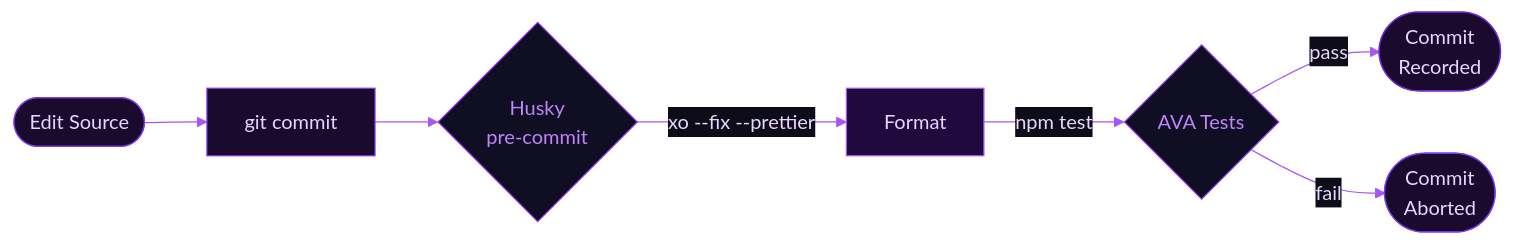
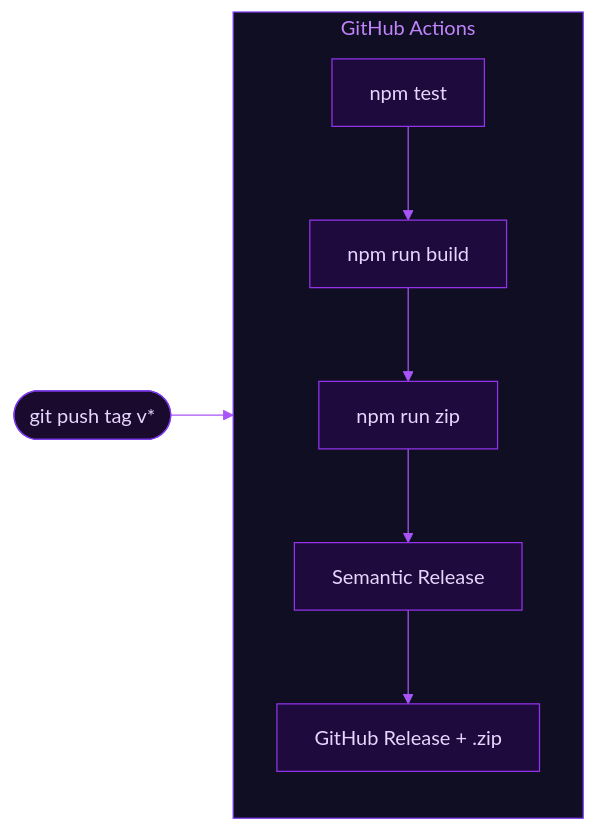
Before and after one commit to simwai/chrome-extension-template: the third of 3 diagrams in README.md, drawn with Mermaid. The commit also changed other lines of this file and 21 other files, not shown here.

````diff
--- a/README.md
+++ b/README.md
@@ -265,18 +169,16 @@
 ```mermaid
 %%{init: {'theme': 'base', 'themeVariables': {'primaryColor': '#1a0a2e', 'primaryTextColor': '#e9d5ff', 'primaryBorderColor': '#7c3aed', 'lineColor': '#a855f7', 'secondaryColor': '#0d0d1a', 'background': '#0a0a18', 'mainBkg': '#1a0a2e', 'nodeBorder': '#7c3aed', 'clusterBkg': '#100e22', 'titleColor': '#c084fc', 'edgeLabelBackground': '#0d0d1a', 'fontFamily': 'Segoe UI, system-ui, sans-serif'}}}%%
 flowchart LR
-    A([Edit Source]) --> B[git commit]
-    B --> C{Husky\npre-commit}
-    C -->|xo --fix --prettier| D[Format]
-    D -->|npm test| E{AVA Tests}
-    E -->|pass| F([Commit\nRecorded])
-    E -->|fail| G([Commit\nAborted])
+    TAG(["git push tag v*"]) --> CI
+    subgraph CI ["GitHub Actions"]
+        T[npm test] --> B[npm run build] --> Z[npm run zip] --> SR[Semantic Release] --> R[GitHub Release + .zip]
+    end
 
-    style A fill:#1a0a2e,stroke:#7c3aed,color:#e9d5ff
-    style B fill:#1a0a2e,stroke:#7c3aed,color:#e9d5ff
-    style C fill:#100e22,stroke:#9333ea,color:#c084fc
-    style D fill:#1e0a3c,stroke:#a855f7,color:#e9d5ff
-    style E fill:#100e22,stroke:#9333ea,color:#c084fc
-    style F fill:#1a0a2e,stroke:#6d28d9,color:#e9d5ff
-    style G fill:#1a0a2e,stroke:#7c3aed,color:#e9d5ff
+    style TAG fill:#1a0a2e,stroke:#7c3aed,color:#e9d5ff
+    style CI fill:#100e22,stroke:#7c3aed,color:#c084fc
+    style T fill:#1e0a3c,stroke:#9333ea,color:#e9d5ff
+    style B fill:#1e0a3c,stroke:#9333ea,color:#e9d5ff
+    style Z fill:#1e0a3c,stroke:#9333ea,color:#e9d5ff
+    style SR fill:#1e0a3c,stroke:#9333ea,color:#e9d5ff
+    style R fill:#1e0a3c,stroke:#9333ea,color:#e9d5ff
 ```
````
